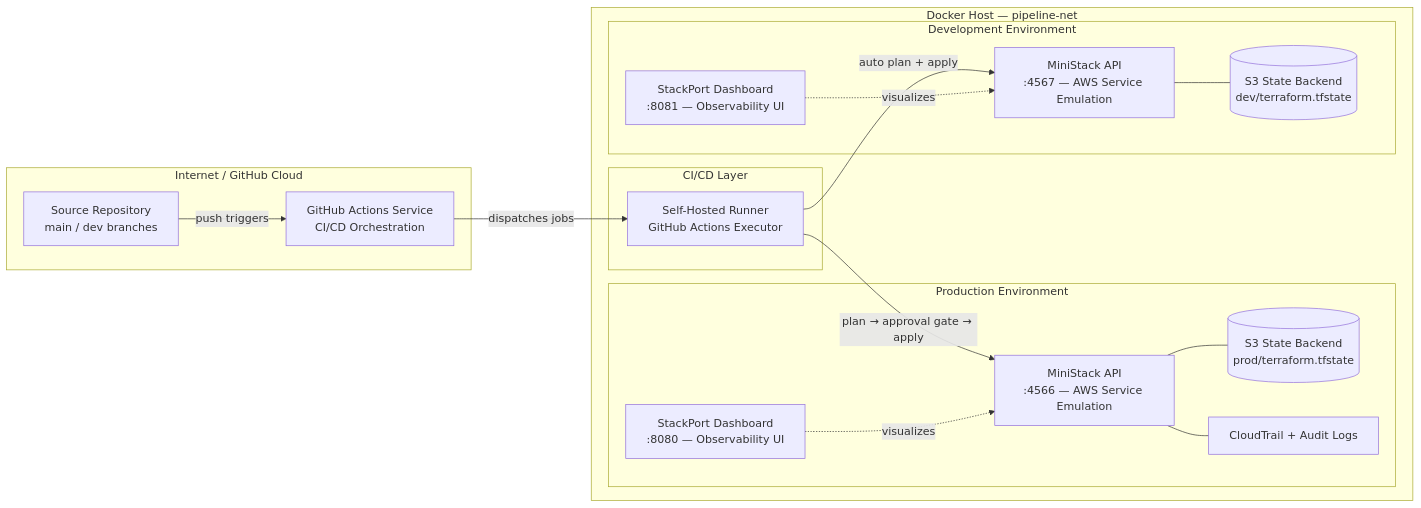
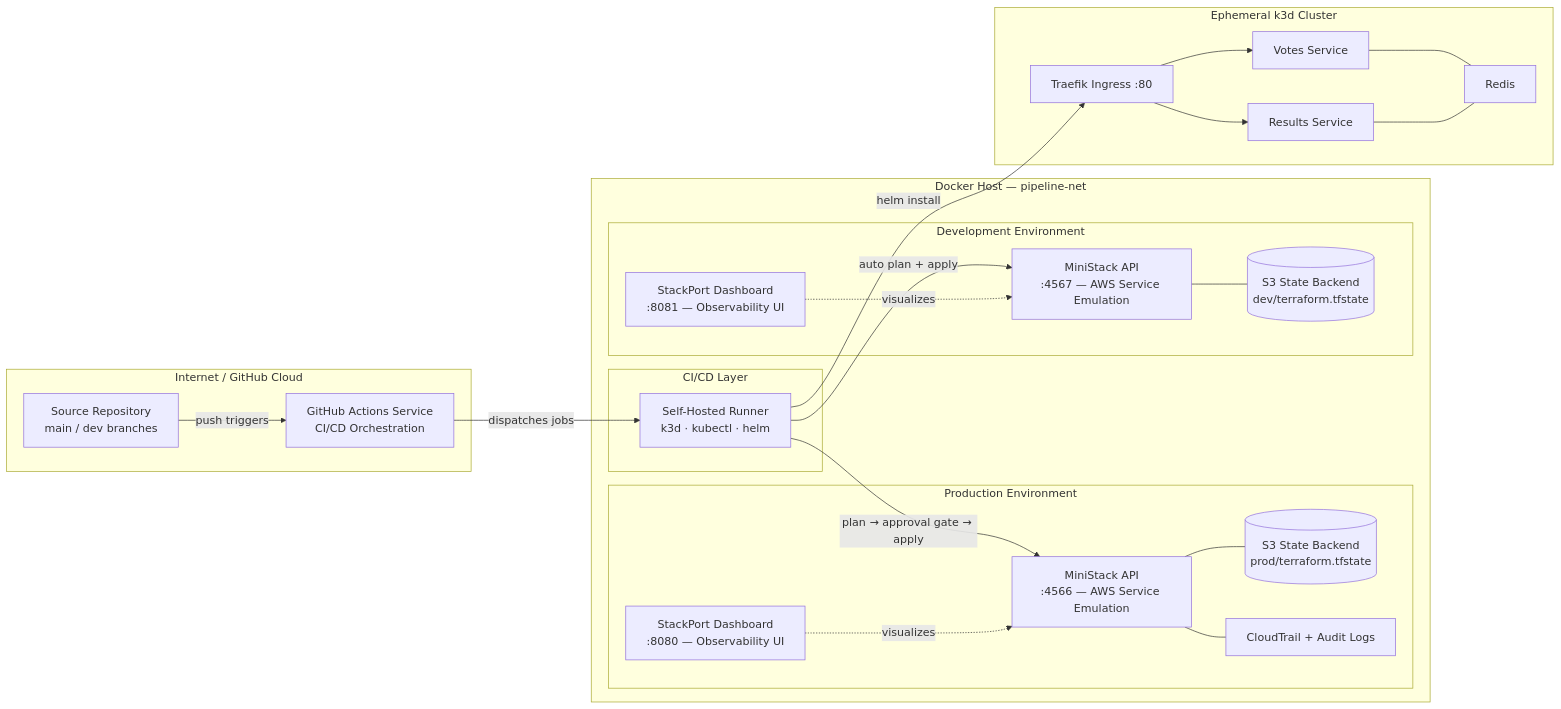
One commit to scooter-gh/pipeline-lab changed the diagram in README.md. Above: the diagram before and after it, drawn with Mermaid. The commit also changed other lines of this file and 22 other files, not shown here.

First line of the commit message:
Add k3d Kubernetes with vote-app Helm chart (#10)

````diff
--- a/README.md
+++ b/README.md
@@ -44,36 +50,48 @@
 ```mermaid
 flowchart LR
   subgraph Internet["Internet / GitHub Cloud"]
     GHRepo["Source Repository<br/>main / dev branches"]
     GHActions["GitHub Actions Service<br/>CI/CD Orchestration"]
   end
 
   subgraph Host["Docker Host — pipeline-net"]
     subgraph CICD["CI/CD Layer"]
-      Runner["Self-Hosted Runner<br/>GitHub Actions Executor"]
+      Runner["Self-Hosted Runner<br/>k3d · kubectl · helm"]
     end
 
     subgraph ProdEnv["Production Environment"]
       ProdAPI["MiniStack API<br/>:4566 — AWS Service Emulation"]
       ProdState[("S3 State Backend<br/>prod/terraform.tfstate")]
       ProdUI["StackPort Dashboard<br/>:8080 — Observability UI"]
       ProdAudit["CloudTrail + Audit Logs"]
     end
 
     subgraph DevEnv["Development Environment"]
       DevAPI["MiniStack API<br/>:4567 — AWS Service Emulation"]
       DevState[("S3 State Backend<br/>dev/terraform.tfstate")]
       DevUI["StackPort Dashboard<br/>:8081 — Observability UI"]
     end
   end
 
+  subgraph K8s["Ephemeral k3d Cluster"]
+    Ingress["Traefik Ingress :80"]
+    Votes["Votes Service"]
+    Results["Results Service"]
+    Redis["Redis"]
+  end
+
   GHRepo -- "push triggers" --> GHActions
   GHActions -- "dispatches jobs" --> Runner
   Runner -- "auto plan + apply" --> DevAPI
   Runner -- "plan → approval gate → apply" --> ProdAPI
+  Runner -- "helm install" --> Ingress
+  Ingress --> Votes
+  Ingress --> Results
+  Votes --- Redis
+  Results --- Redis
   ProdAPI --- ProdState
   DevAPI --- DevState
   ProdAPI --- ProdAudit
   ProdUI -. "visualizes" .-> ProdAPI
   DevUI -. "visualizes" .-> DevAPI
 ```
````
